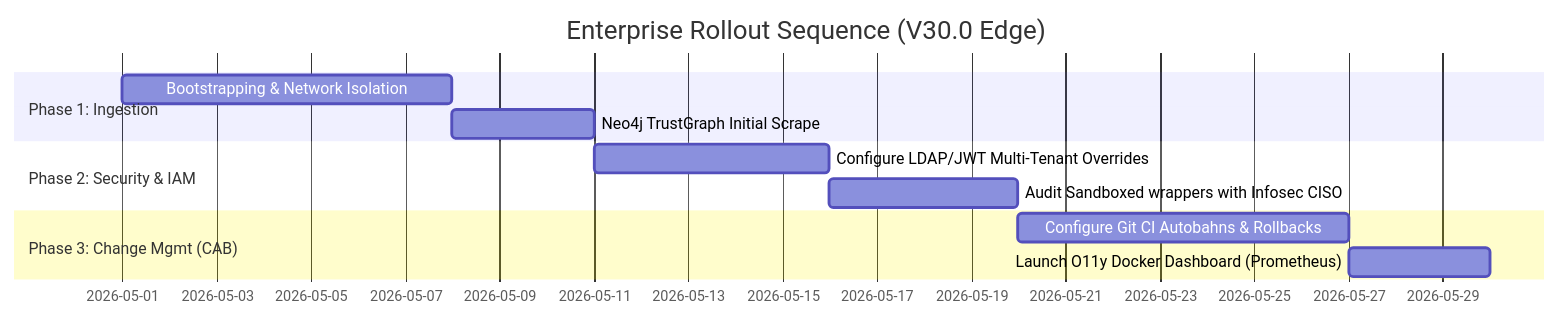
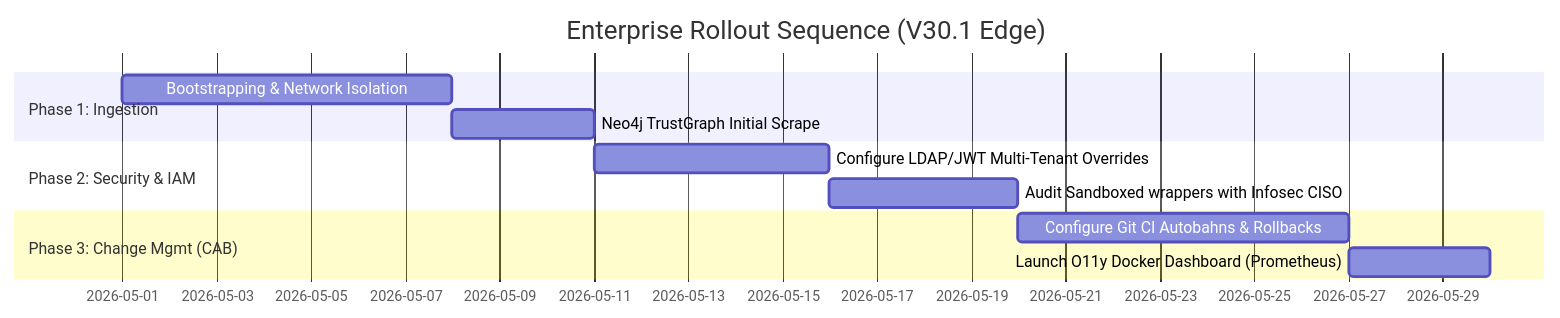
One commit to huudangdev/.agents changed diagram 14 of 14 in ENTERPRISE_ARCHITECTURE.md. Above: the diagram before and after it, drawn with Mermaid. The commit also changed other lines of this file and 25 other files, not shown here.

````diff
--- a/ENTERPRISE_ARCHITECTURE.md
+++ b/ENTERPRISE_ARCHITECTURE.md
@@ -401,14 +407,14 @@
 ```mermaid
 gantt
-    title Enterprise Rollout Sequence (V30.0 Edge)
+    title Enterprise Rollout Sequence (V30.1 Edge)
     dateFormat  YYYY-MM-DD
     section Phase 1: Ingestion
     Bootstrapping & Network Isolation :a1, 2026-05-01, 7d
     Neo4j TrustGraph Initial Scrape   :a2, after a1  , 3d
     section Phase 2: Security & IAM
     Configure LDAP/JWT Multi-Tenant Overrides :b1, 2026-05-11, 5d
     Audit Sandboxed wrappers with Infosec CISO :b2, after b1  , 4d
     section Phase 3: Change Mgmt (CAB)
     Configure Git CI Autobahns & Rollbacks     :c1, 2026-05-20, 7d
     Launch O11y Docker Dashboard (Prometheus)  :c2, after c1 , 3d
 ```
````
